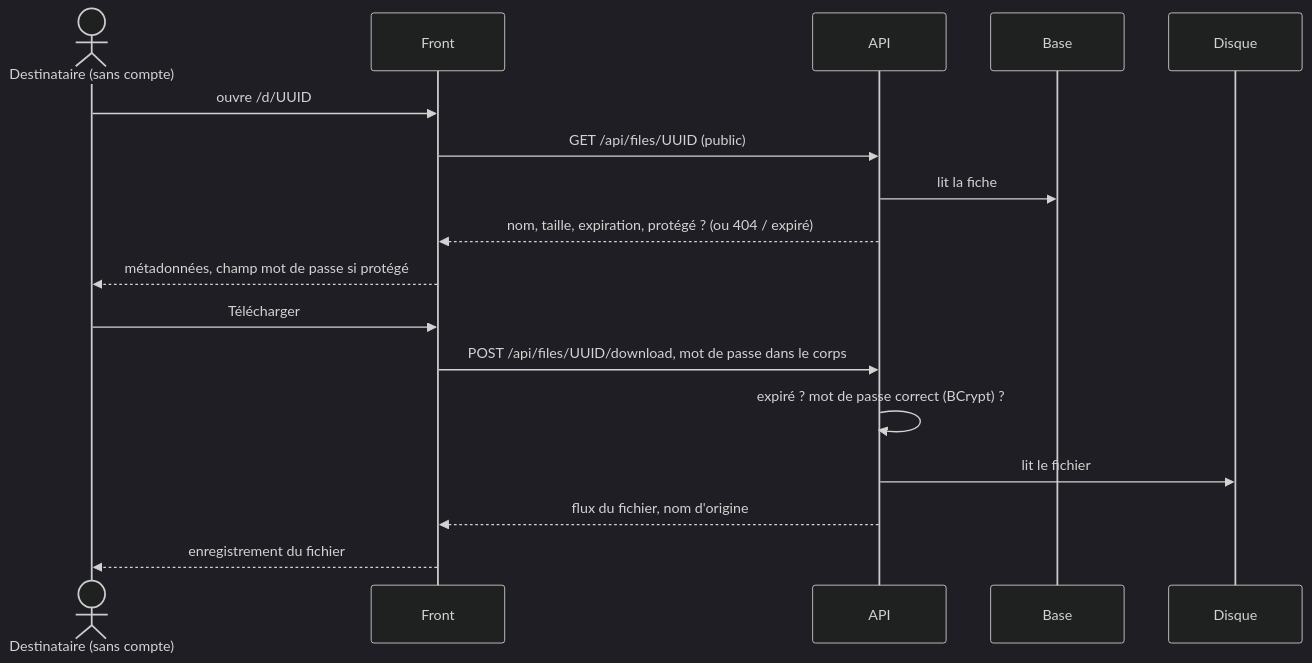
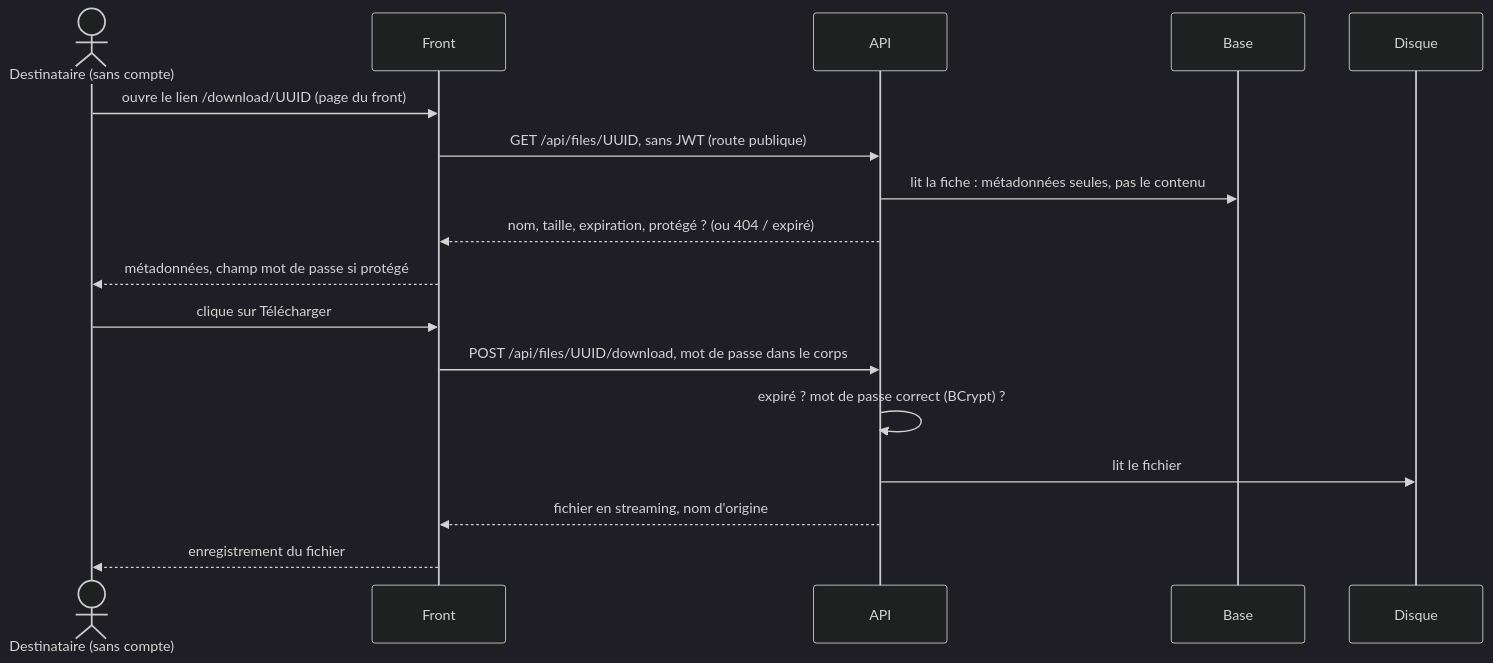
Before and after one commit to younesyousfipro/data-share: the fourth of 5 diagrams in docs/conception/architecture.md, drawn with Mermaid (dark theme). The commit also changed other lines of this file and 1 other file, not shown here.

Commit message:
docs: add use cases and diagrams

````diff
--- a/docs/conception/architecture.md
+++ b/docs/conception/architecture.md
@@ -123,20 +173,20 @@
 ```mermaid
 sequenceDiagram
   actor R as Destinataire (sans compte)
   participant F as Front
   participant A as API
   participant B as Base
   participant D as Disque
 
-  R->>F: ouvre /d/UUID
-  F->>A: GET /api/files/UUID (public)
-  A->>B: lit la fiche
+  R->>F: ouvre le lien /download/UUID (page du front)
+  F->>A: GET /api/files/UUID, sans JWT (route publique)
+  A->>B: lit la fiche : métadonnées seules, pas le contenu
   A-->>F: nom, taille, expiration, protégé ? (ou 404 / expiré)
   F-->>R: métadonnées, champ mot de passe si protégé
-  R->>F: Télécharger
+  R->>F: clique sur Télécharger
   F->>A: POST /api/files/UUID/download, mot de passe dans le corps
   A->>A: expiré ? mot de passe correct (BCrypt) ?
   A->>D: lit le fichier
-  A-->>F: flux du fichier, nom d'origine
+  A-->>F: fichier en streaming, nom d'origine
   F-->>R: enregistrement du fichier
 ```
````
